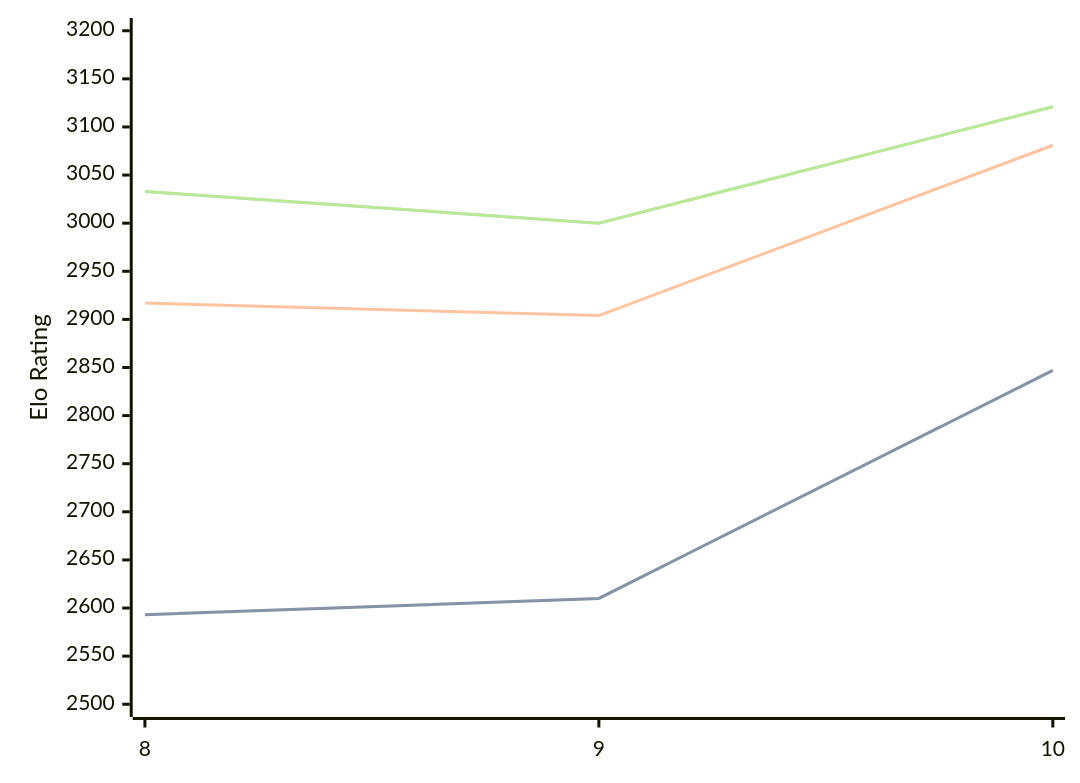
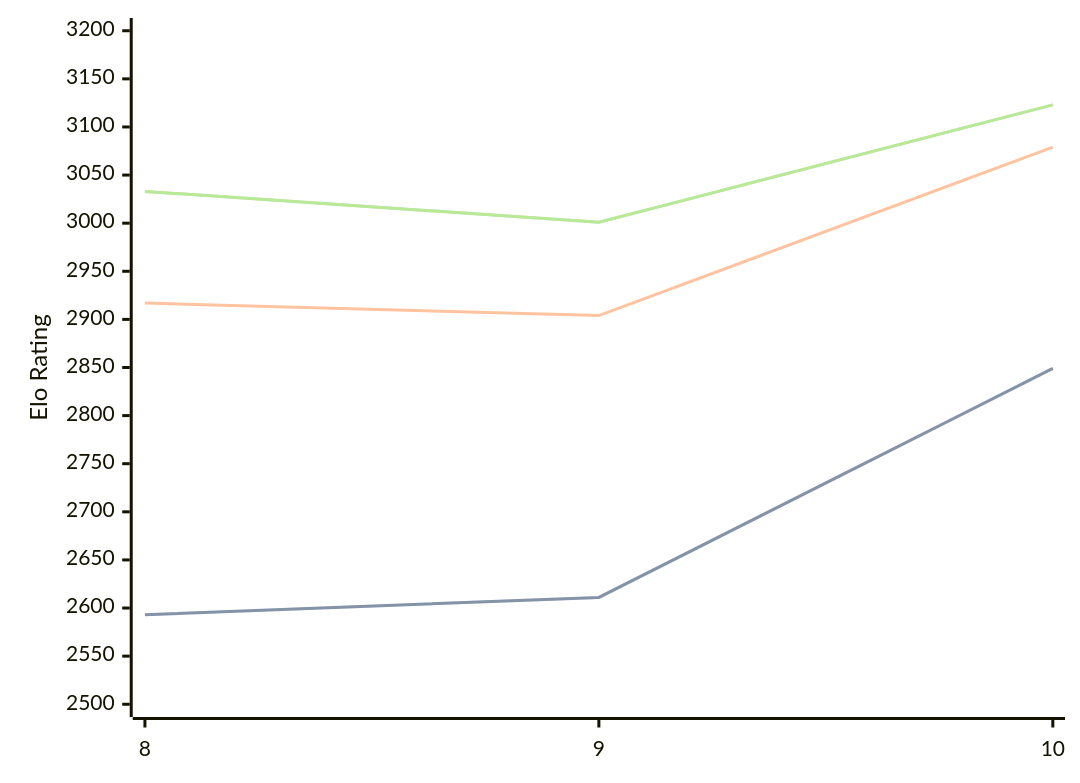
The diagram in engines/Lozza.md (computer-chess-index/cci), drawn with Mermaid before and after one commit. The commit also changed other lines of this file, not shown here.

Commit message:
Update CCI Ratings (ELO VLTC) - 2026-09-07

````diff
--- a/engines/Lozza.md
+++ b/engines/Lozza.md
@@ -33,11 +33,11 @@
 ```mermaid
 %%{init: {"theme":"base","themeVariables":{"seriesColors:['#a3a3a3','#222221','#faa371']}}}%%
 xychart-beta
   x-axis ["8", "9", "10"]
   y-axis "Elo Rating" 2500 --> 3200
-  line "" [2593, 2610, 2847]
-  line "STC (8.0+0.08s)" [2593, 2610, 2847]
-  line "LTC (60.0+0.60s)" [2917, 2904, 3081]
-  line "" [3033, 3000, 3121]
-  line "VLTC (2m24s+1.12s)" [3033, 3000, 3121]
+  line "" [2593, 2611, 2849]
+  line "STC (8.0+0.08s)" [2593, 2611, 2849]
+  line "LTC (60.0+0.60s)" [2917, 2904, 3079]
+  line "" [3033, 3001, 3123]
+  line "VLTC (2m24s+1.12s)" [3033, 3001, 3123]
 ```
````
